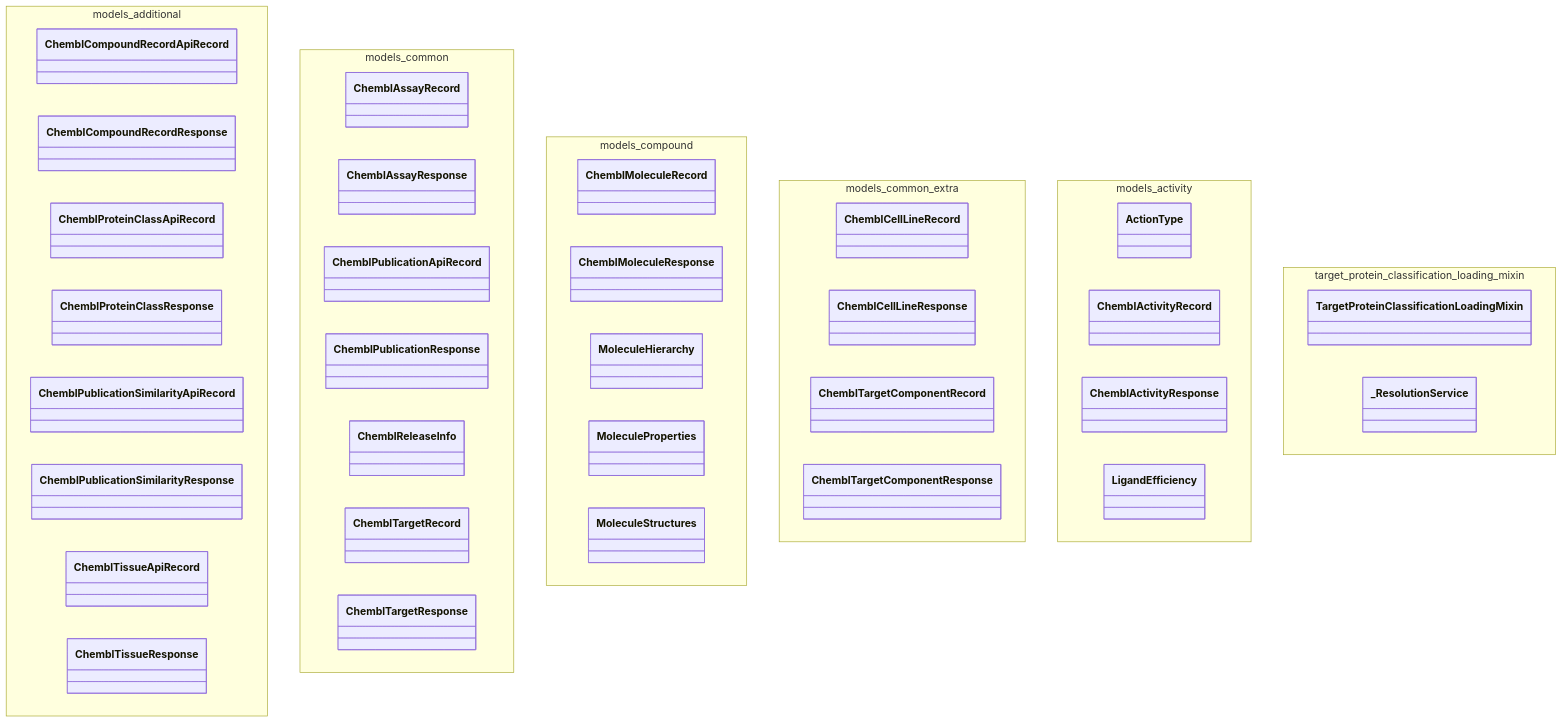
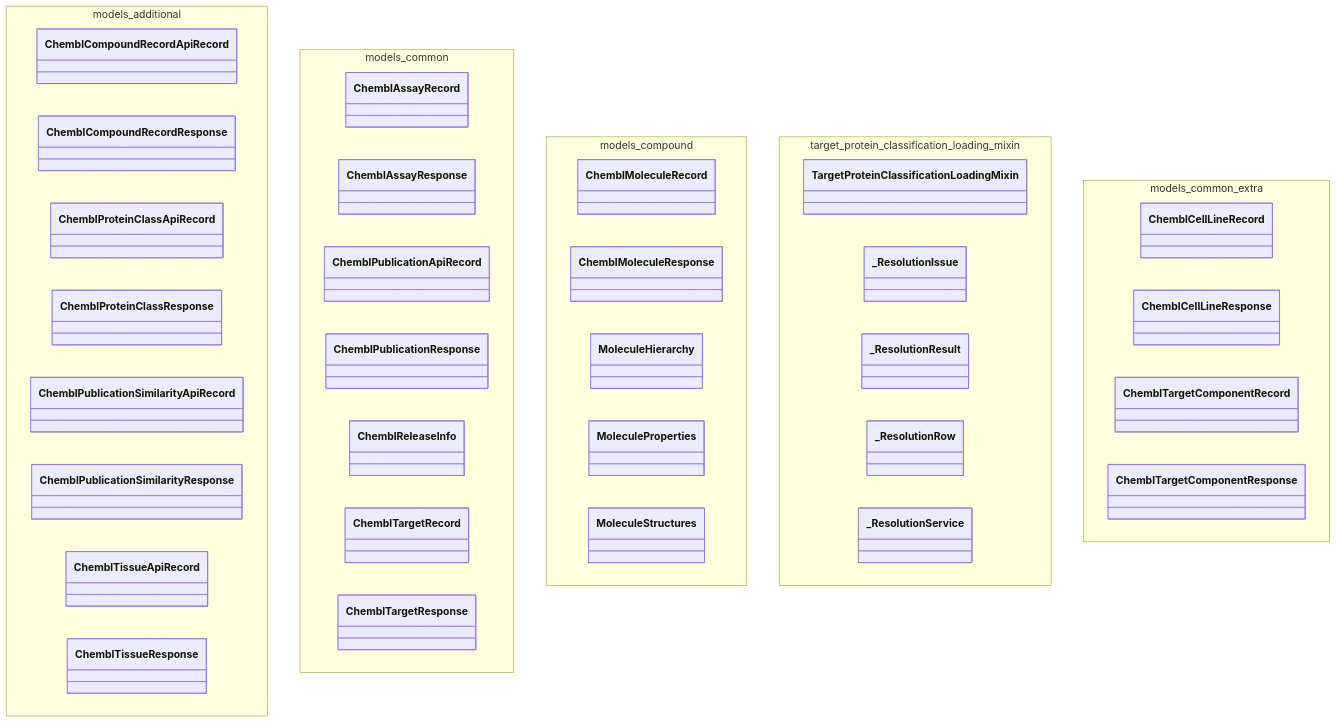
Before and after one commit to SatoryKono/BioactivityDataAcquisition: the diagram in docs/02-architecture/diagrams/class-diagrams/90-pkg-infrastructure-adapters-chembl-part1.mmd, drawn with Mermaid. The commit also changed 12 other files, not shown here.

Commit message:
ci: port isolated architecture docs and provider drift audits

```diff
--- a/docs/02-architecture/diagrams/class-diagrams/90-pkg-infrastructure-adapters-chembl-part1.mmd
+++ b/docs/02-architecture/diagrams/class-diagrams/90-pkg-infrastructure-adapters-chembl-part1.mmd
@@ -1,58 +1,54 @@
 %% Title: Package Family: infrastructure/adapters/chembl (Part 1/2)
-%% Covers: AST-derived supplemental package-family inventory slice for src/bioetl/infrastructure/adapters/chembl; part 1/2; modules: models_additional, models_common, models_compound, _models_common_extra, models_activity, target_protein_classification_loading_mixin.
+%% Covers: AST-derived supplemental package-family inventory slice for src/bioetl/infrastructure/adapters/chembl; part 1/2; modules: models_additional, models_common, models_compound, target_protein_classification_loading_mixin, _models_common_extra.
 %% Components: top-level classes grouped by source module.
 %% @version 1.0.0
 %% @type    classDiagram
 %% @date    2026-10-04
 %% @level   Package Family / Inventory Slice
-%% @nodes   30
+%% @nodes   29
 %% @reference Generated supplemental package-family slice used to keep node density within the class-diagram readability budget (<= 30).
 classDiagram
 
     namespace models_additional {
         class ChemblCompoundRecordApiRecord
         class ChemblCompoundRecordResponse
         class ChemblProteinClassApiRecord
         class ChemblProteinClassResponse
         class ChemblPublicationSimilarityApiRecord
         class ChemblPublicationSimilarityResponse
         class ChemblTissueApiRecord
         class ChemblTissueResponse
     }
 
     namespace models_common {
         class ChemblAssayRecord
         class ChemblAssayResponse
         class ChemblPublicationApiRecord
         class ChemblPublicationResponse
         class ChemblReleaseInfo
         class ChemblTargetRecord
         class ChemblTargetResponse
     }
 
     namespace models_compound {
         class ChemblMoleculeRecord
         class ChemblMoleculeResponse
         class MoleculeHierarchy
         class MoleculeProperties
         class MoleculeStructures
     }
 
+    namespace target_protein_classification_loading_mixin {
+        class TargetProteinClassificationLoadingMixin
+        class _ResolutionIssue
+        class _ResolutionResult
+        class _ResolutionRow
+        class _ResolutionService
+    }
+
     namespace models_common_extra {
         class ChemblCellLineRecord
         class ChemblCellLineResponse
         class ChemblTargetComponentRecord
         class ChemblTargetComponentResponse
     }
-
-    namespace models_activity {
-        class ActionType
-        class ChemblActivityRecord
-        class ChemblActivityResponse
-        class LigandEfficiency
-    }
-
-    namespace target_protein_classification_loading_mixin {
-        class TargetProteinClassificationLoadingMixin
-        class _ResolutionService
-    }
```
